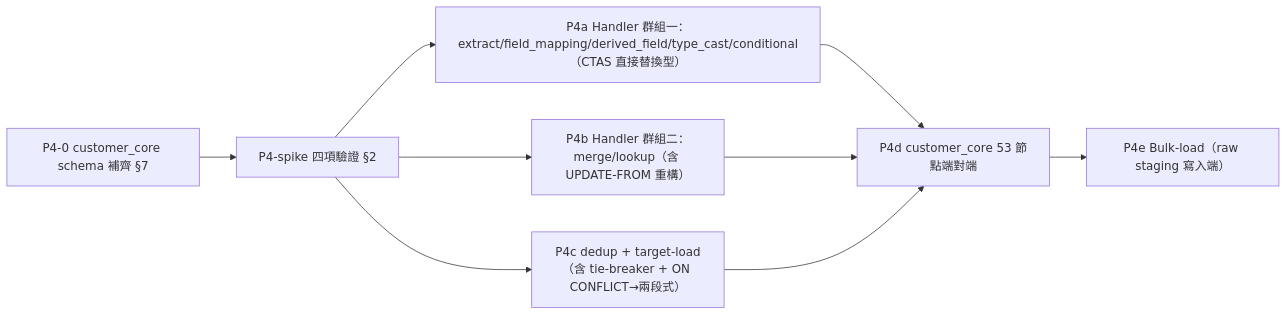
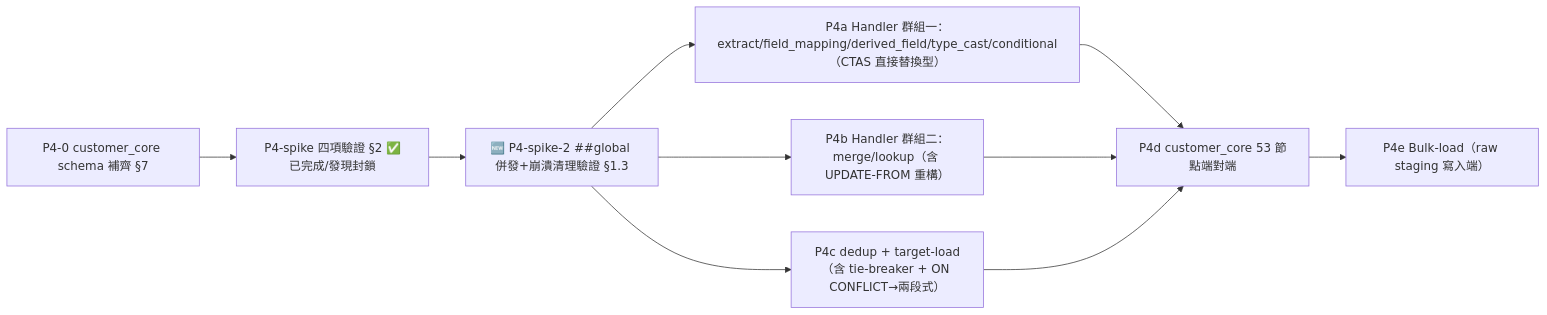
Before and after one commit to wisewhalesoft/cdmp-mvp: the diagram in docs/specs/implementation-log/AD-E07-41-mssql-p4-etl-engine.md, drawn with Mermaid. The commit also changed other lines of this file and 1 other file, not shown here.

First line of the commit message:
docs(mssql-migration): AD-E07-41 v1.1 — temp-table 補救裁示（##global temp + 顯式清理）

````diff
--- a/docs/specs/implementation-log/AD-E07-41-mssql-p4-etl-engine.md
+++ b/docs/specs/implementation-log/AD-E07-41-mssql-p4-etl-engine.md
@@ -291,11 +355,12 @@
 ```mermaid
 graph LR
-  Pre[P4-0 customer_core schema 補齊 §7] --> Spike[P4-spike 四項驗證 §2]
-  Spike --> Group1[P4a Handler 群組一：extract/field_mapping/derived_field/type_cast/conditional（CTAS 直接替換型）]
-  Spike --> Group2[P4b Handler 群組二：merge/lookup（含 UPDATE-FROM 重構）]
-  Spike --> Group3[P4c dedup + target-load（含 tie-breaker + ON CONFLICT→兩段式）]
+  Pre[P4-0 customer_core schema 補齊 §7] --> Spike[P4-spike 四項驗證 §2 ✅已完成/發現封鎖]
+  Spike --> Spike2[🆕 P4-spike-2 ##global 併發+崩潰清理驗證 §1.3]
+  Spike2 --> Group1[P4a Handler 群組一：extract/field_mapping/derived_field/type_cast/conditional（CTAS 直接替換型）]
+  Spike2 --> Group2[P4b Handler 群組二：merge/lookup（含 UPDATE-FROM 重構）]
+  Spike2 --> Group3[P4c dedup + target-load（含 tie-breaker + ON CONFLICT→兩段式）]
   Group1 --> E2E[P4d customer_core 53 節點端對端]
   Group2 --> E2E
   Group3 --> E2E
   E2E --> Bulk[P4e Bulk-load（raw staging 寫入端）]
 ```
````
